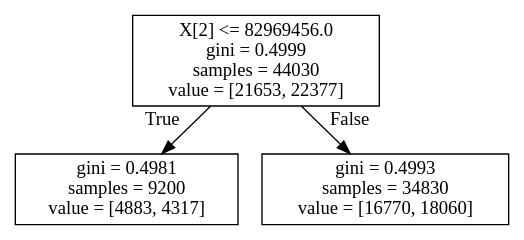
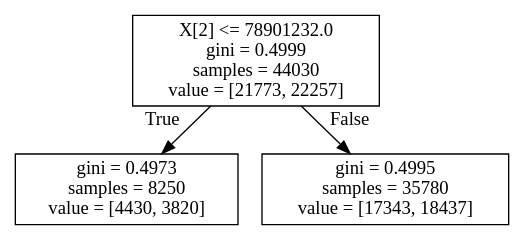
Before and after one commit to maupardh/Numerai: the diagram in ClassificationTrees/singleClassifTreeWithDepth1.dot, drawn with Graphviz. The commit also changed 30 other files, not shown here.

```diff
--- a/ClassificationTrees/singleClassifTreeWithDepth1.dot
+++ b/ClassificationTrees/singleClassifTreeWithDepth1.dot
@@ -1,8 +1,8 @@
 digraph Tree {
 node [shape=box] ;
-0 [label="X[2] <= 82969456.0\ngini = 0.4999\nsamples = 44030\nvalue = [21653, 22377]"] ;
-1 [label="gini = 0.4981\nsamples = 9200\nvalue = [4883, 4317]"] ;
+0 [label="X[2] <= 78901232.0\ngini = 0.4999\nsamples = 44030\nvalue = [21773, 22257]"] ;
+1 [label="gini = 0.4973\nsamples = 8250\nvalue = [4430, 3820]"] ;
 0 -> 1 [labeldistance=2.5, labelangle=45, headlabel="True"] ;
-2 [label="gini = 0.4993\nsamples = 34830\nvalue = [16770, 18060]"] ;
+2 [label="gini = 0.4995\nsamples = 35780\nvalue = [17343, 18437]"] ;
 0 -> 2 [labeldistance=2.5, labelangle=-45, headlabel="False"] ;
 }
```
